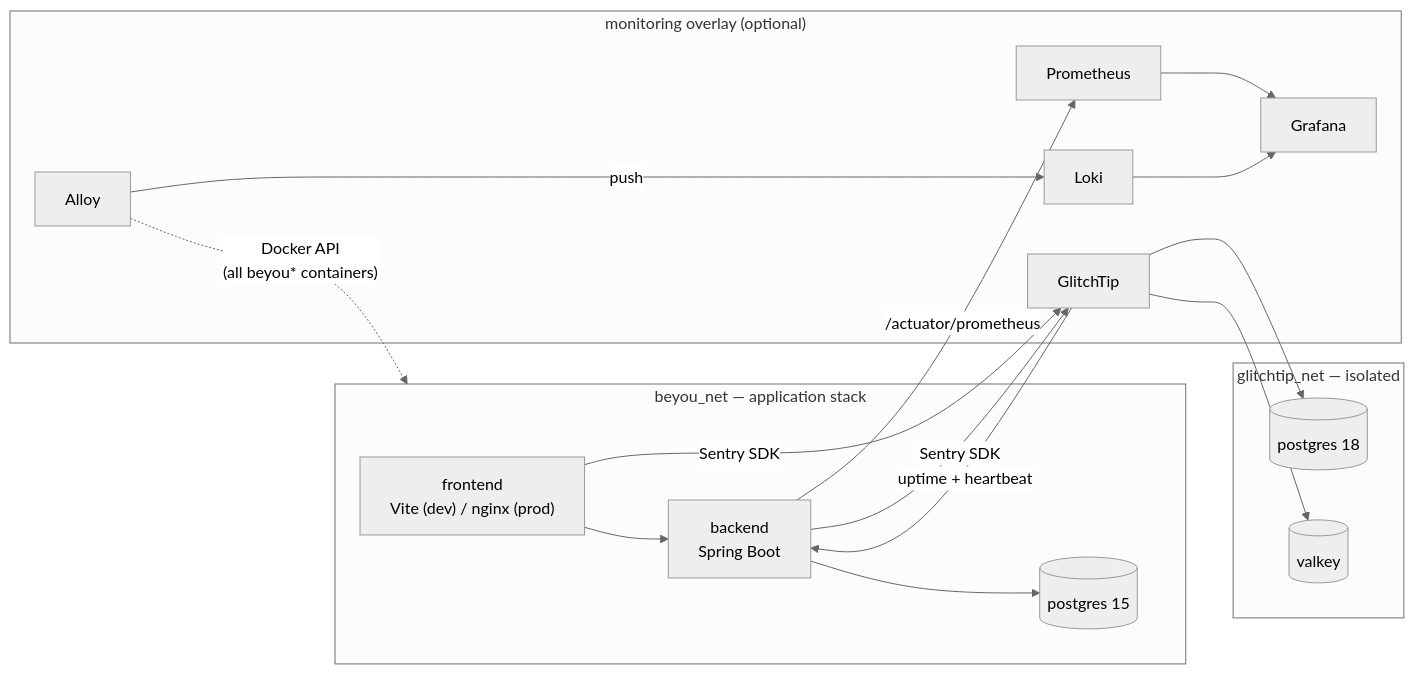
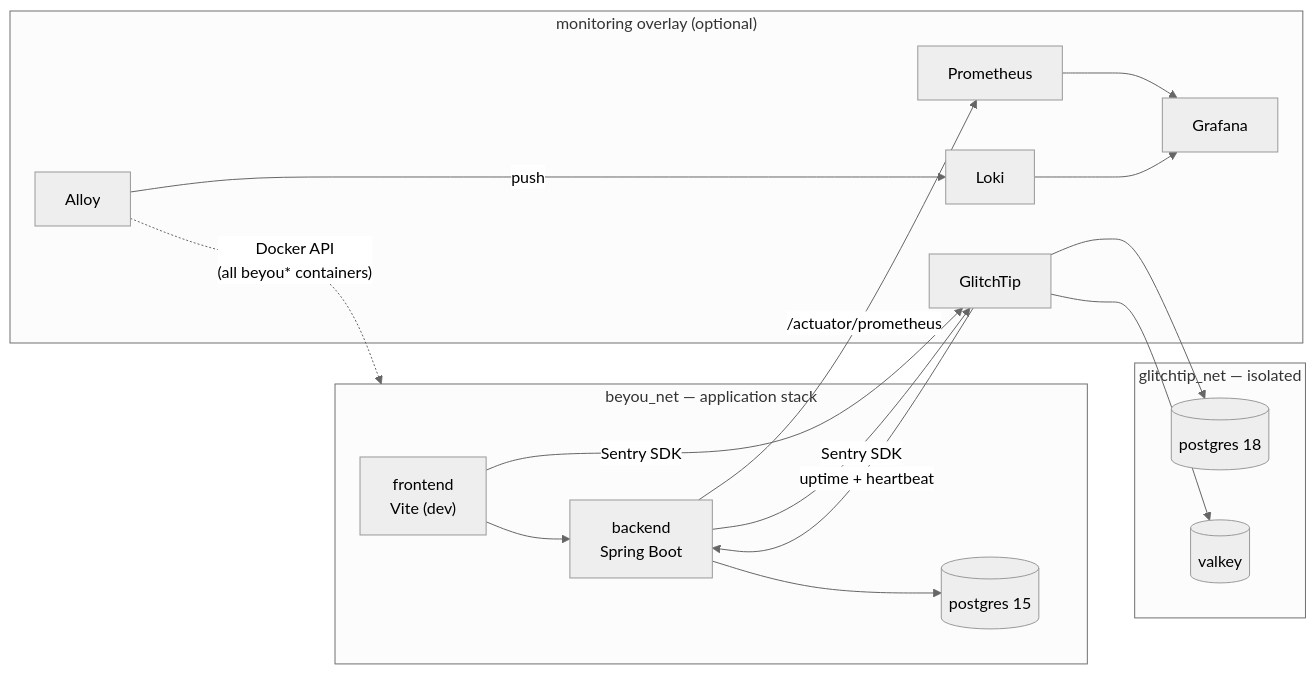
Before and after one commit to AndDev741/Beyou-dev-env: the diagram in README.md, drawn with Mermaid (neutral theme). The commit also changed other lines of this file and 16 other files, not shown here.

````diff
--- a/README.md
+++ b/README.md
@@ -45,33 +48,33 @@
 ```mermaid
 flowchart LR
   subgraph app["beyou_net — application stack"]
-    fe["frontend<br/>Vite (dev) / nginx (prod)"]
+    fe["frontend<br/>Vite (dev)"]
     be["backend<br/>Spring Boot"]
     db[("postgres 15")]
     fe --> be --> db
   end
 
   subgraph obs["monitoring overlay (optional)"]
     prom["Prometheus"]
     loki["Loki"]
     alloy["Alloy"]
     gt["GlitchTip"]
     graf["Grafana"]
     prom --> graf
     loki --> graf
     alloy -- push --> loki
   end
 
   be -- "/actuator/prometheus" --> prom
   alloy -. "Docker API<br/>(all beyou* containers)" .-> app
   fe -- "Sentry SDK" --> gt
   be -- "Sentry SDK" --> gt
   gt -- "uptime + heartbeat" --> be
 
   subgraph gtnet["glitchtip_net — isolated"]
     gtdb[("postgres 18")]
     valkey[("valkey")]
   end
   gt --> gtdb
   gt --> valkey
 ```
````
